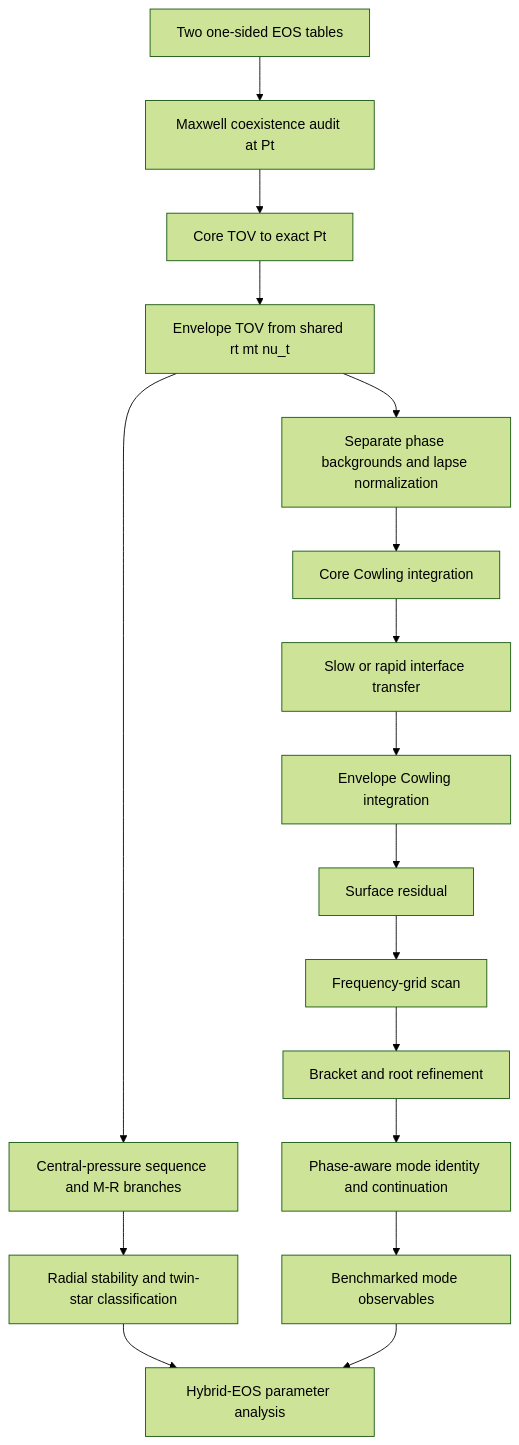
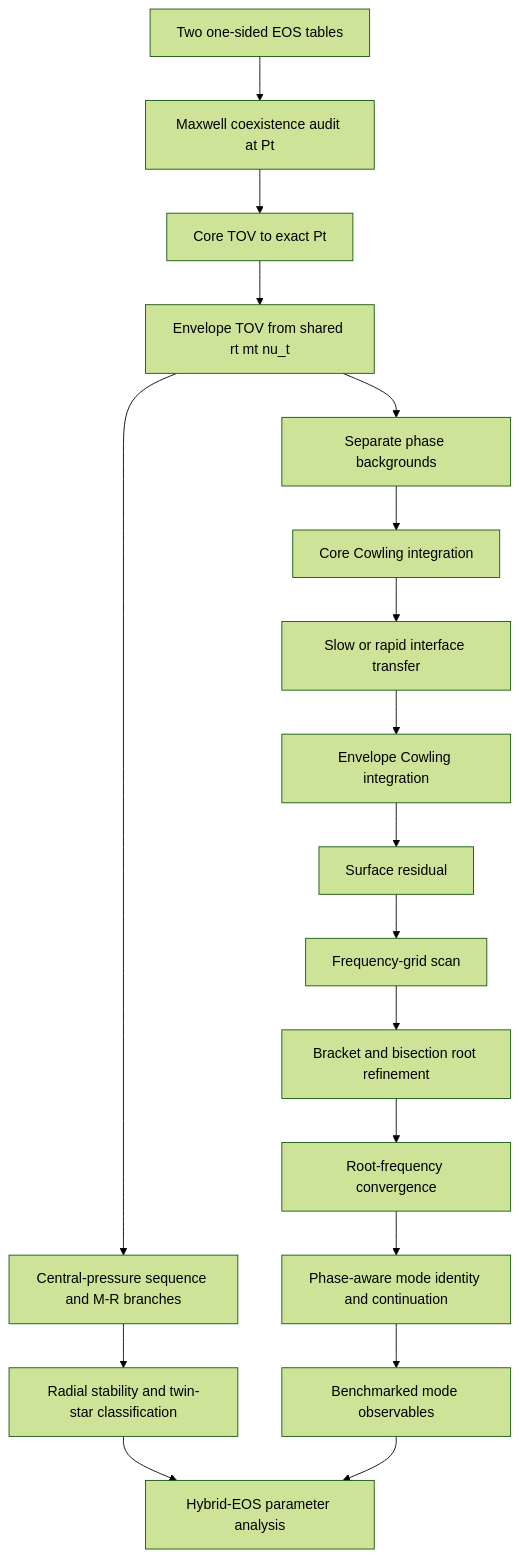
One commit to cosmosapjw-quantum/NS_Cowling changed the diagram in docs/MAXWELL_NATIVE_FORTRAN_DAG_20261109.md. Above: the diagram before and after it, drawn with Mermaid (forest theme). The commit also changed other lines of this file and 5 other files, not shown here.

````diff
--- a/docs/MAXWELL_NATIVE_FORTRAN_DAG_20261109.md
+++ b/docs/MAXWELL_NATIVE_FORTRAN_DAG_20261109.md
@@ -12,19 +12,20 @@
 ```mermaid
 flowchart TD
   A[Two one-sided EOS tables] --> B[Maxwell coexistence audit at Pt]
   B --> C[Core TOV to exact Pt]
   C --> D[Envelope TOV from shared rt mt nu_t]
-  D --> E[Separate phase backgrounds and lapse normalization]
+  D --> E[Separate phase backgrounds]
   E --> F[Core Cowling integration]
   F --> G[Slow or rapid interface transfer]
   G --> H[Envelope Cowling integration]
   H --> I[Surface residual]
   I --> J1[Frequency-grid scan]
-  J1 --> J2[Bracket and root refinement]
-  J2 --> J3[Phase-aware mode identity and continuation]
+  J1 --> J2[Bracket and bisection root refinement]
+  J2 --> J3[Root-frequency convergence]
+  J3 --> J4[Phase-aware mode identity and continuation]
   D --> K[Central-pressure sequence and M-R branches]
   K --> L[Radial stability and twin-star classification]
-  J3 --> M[Benchmarked mode observables]
+  J4 --> M[Benchmarked mode observables]
   L --> N[Hybrid-EOS parameter analysis]
   M --> N
 ```
````
